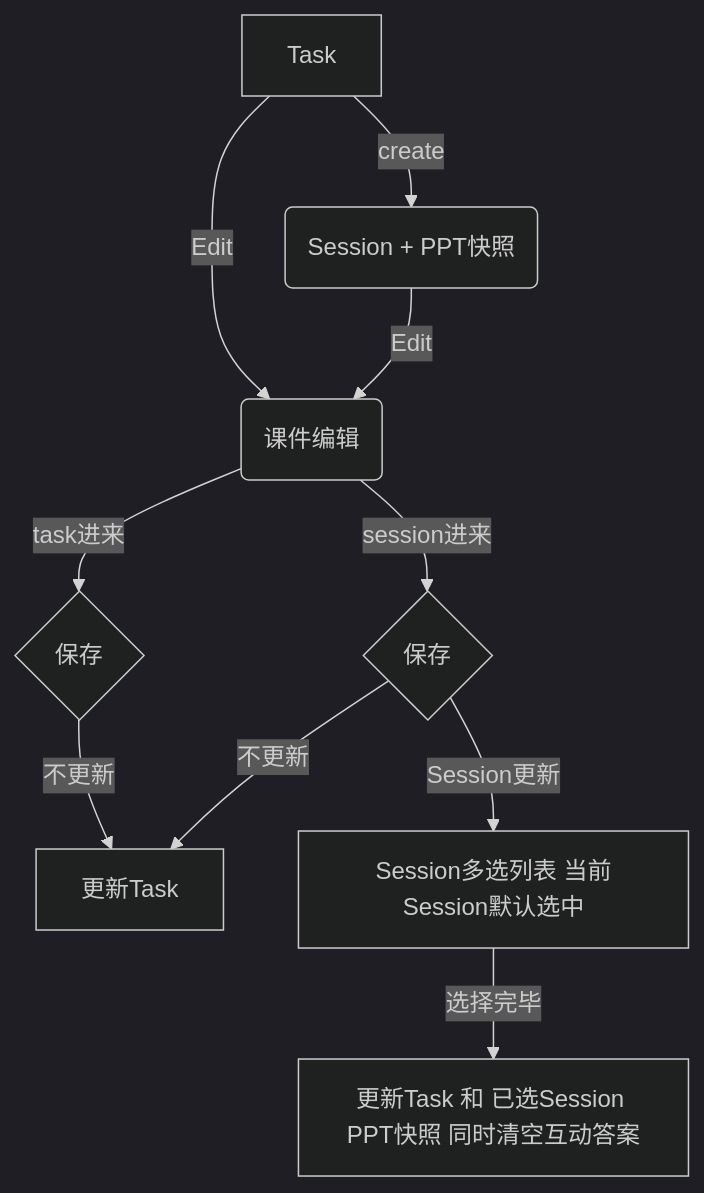
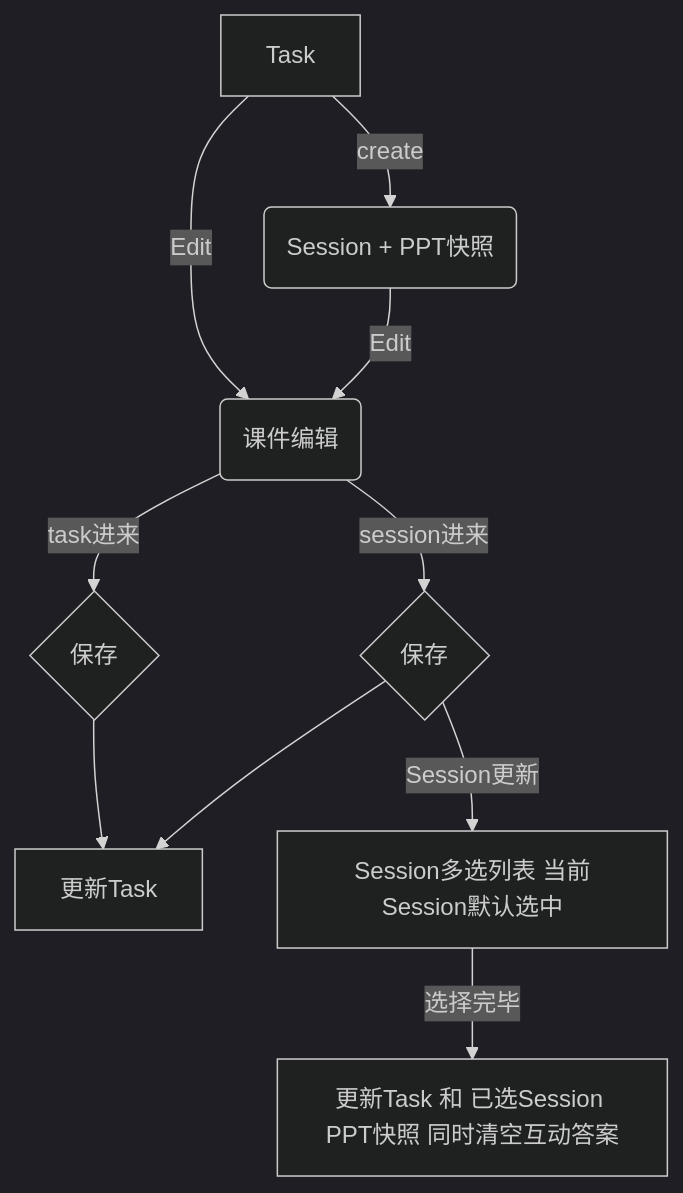
The third of 5 diagrams in main/unit.md (zran-nz/doc), drawn with Mermaid (dark theme) before and after one commit. The commit also changed other lines of this file and 1 other file, not shown here.

````diff
--- a/main/unit.md
+++ b/main/unit.md
@@ -97,13 +124,13 @@
 ```mermaid
 flowchart
 T[Task] --Edit--> Te(课件编辑)
 T[Task] --create--> Ss(Session + PPT快照)
 Ss --Edit--> Te
 Te --task进来--> Sv1{保存}
 Te --session进来--> Sv2{保存}
-Sv1 --不更新--> SsS0[更新Task]
-Sv2 --不更新--> SsS0[更新Task]
+Sv1 --> SsS0[更新Task]
+Sv2 --> SsS0[更新Task]
 Sv2 --Session更新--> S2[Session多选列表 当前Session默认选中]
 S2 --选择完毕--> SsS1[更新Task 和 已选Session PPT快照 同时清空互动答案]
 
 ```
````
